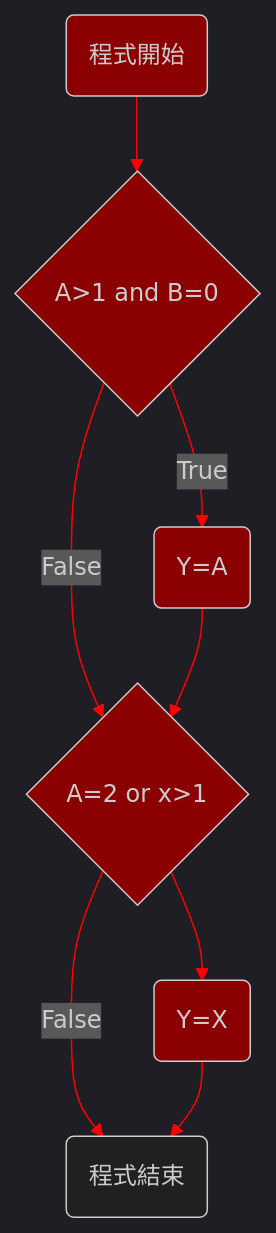
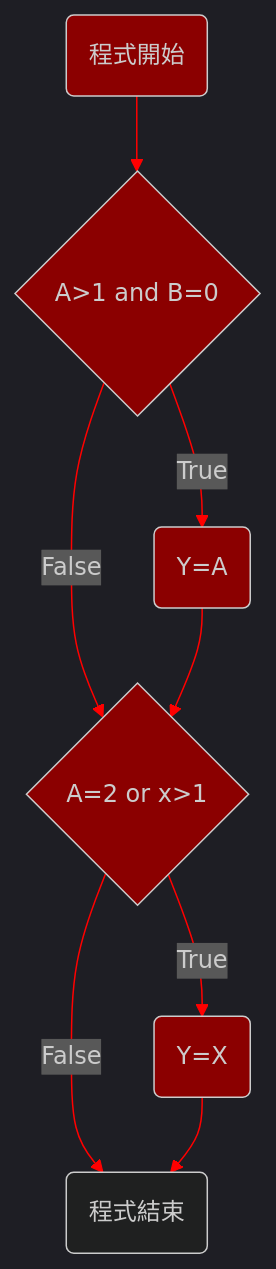
One commit to AlexTrinityBlock/blog changed the seventh of 8 diagrams in content/post/cicd/軟體測試的覆蓋準則.md. Above: the diagram before and after it, drawn with Mermaid. The commit also changed other lines of this file and 1 other file, not shown here.

```diff
--- a/content/post/cicd/軟體測試的覆蓋準則.md
+++ b/content/post/cicd/軟體測試的覆蓋準則.md
@@ -167,17 +167,17 @@
 <div class="mermaid">
 %%{init: {'theme':'dark'}}%%
 flowchart TD
     A(程式開始) --> B{A>1 and B=0}
     B -->|True| D(Y=A)
     B -->|False| E{A=2 or x>1}
     D --> E{A=2 or x>1}
     E{A=2 or x>1} --> |False| G(程式結束)
-    E{A=2 or x>1} --> F(Y=X)
+    E{A=2 or x>1} --> |True|F(Y=X)
     F(Y=X) --> G(程式結束)
     linkStyle 0,1,2,3,4,5,6  stroke:red
     style A  fill:darkred
     style B  fill:darkred
     style D  fill:darkred
     style E  fill:darkred
     style F  fill:darkred
 </div>
```
